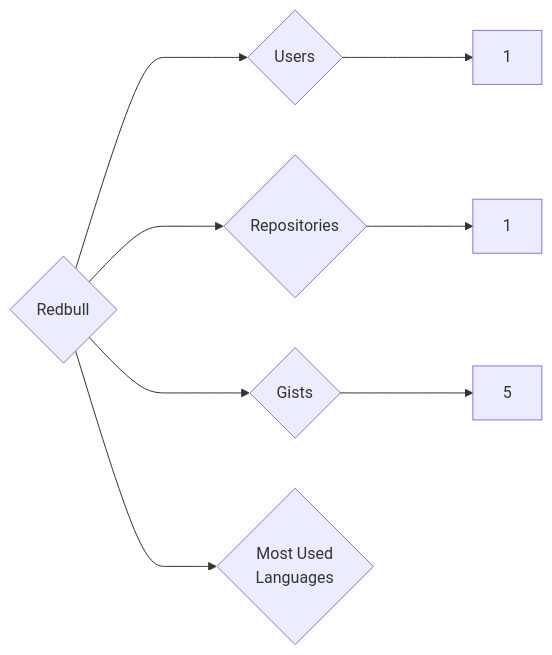
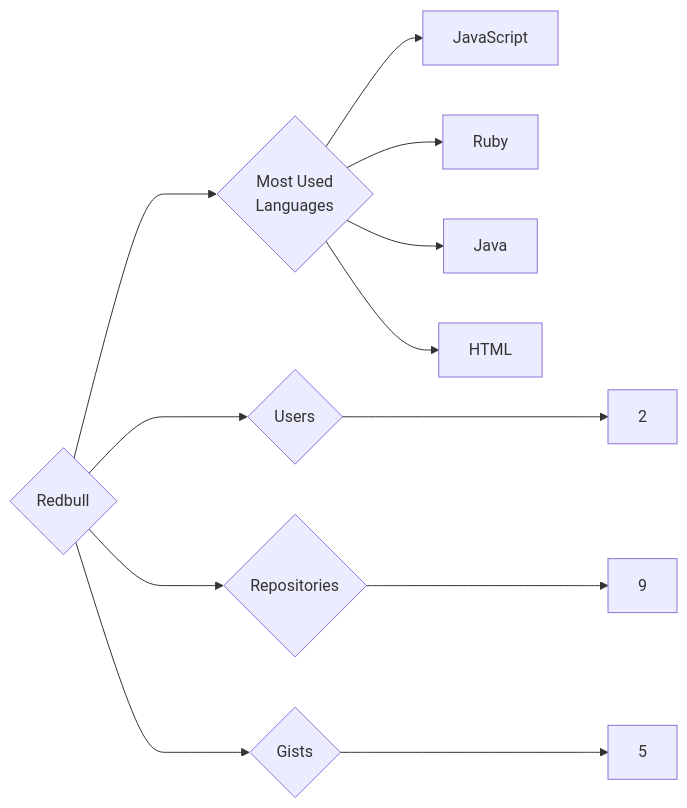
One commit to trickest/insiders changed the diagram in targets/Redbull/README.md. Above: the diagram before and after it, drawn with Mermaid. The commit also changed 953 other files, not shown here.

````diff
--- a/targets/Redbull/README.md
+++ b/targets/Redbull/README.md
@@ -3,8 +3,12 @@
 ```mermaid
 graph LR
 COMPANY_NAME{Redbull}
-COMPANY_NAME ---> U{Users} ---> UN[1]
-COMPANY_NAME ---> R{Repositories} ---> RN[1]
+COMPANY_NAME ---> U{Users} ---> UN[2]
+COMPANY_NAME ---> R{Repositories} ---> RN[9]
 COMPANY_NAME ---> G{Gists} ---> GN[5]
 COMPANY_NAME ---> ML{Most Used<br>Languages}
+ML --> JavaScript[JavaScript]
+ML --> Ruby[Ruby]
+ML --> Java[Java]
+ML --> HTML[HTML]
 ```
````
